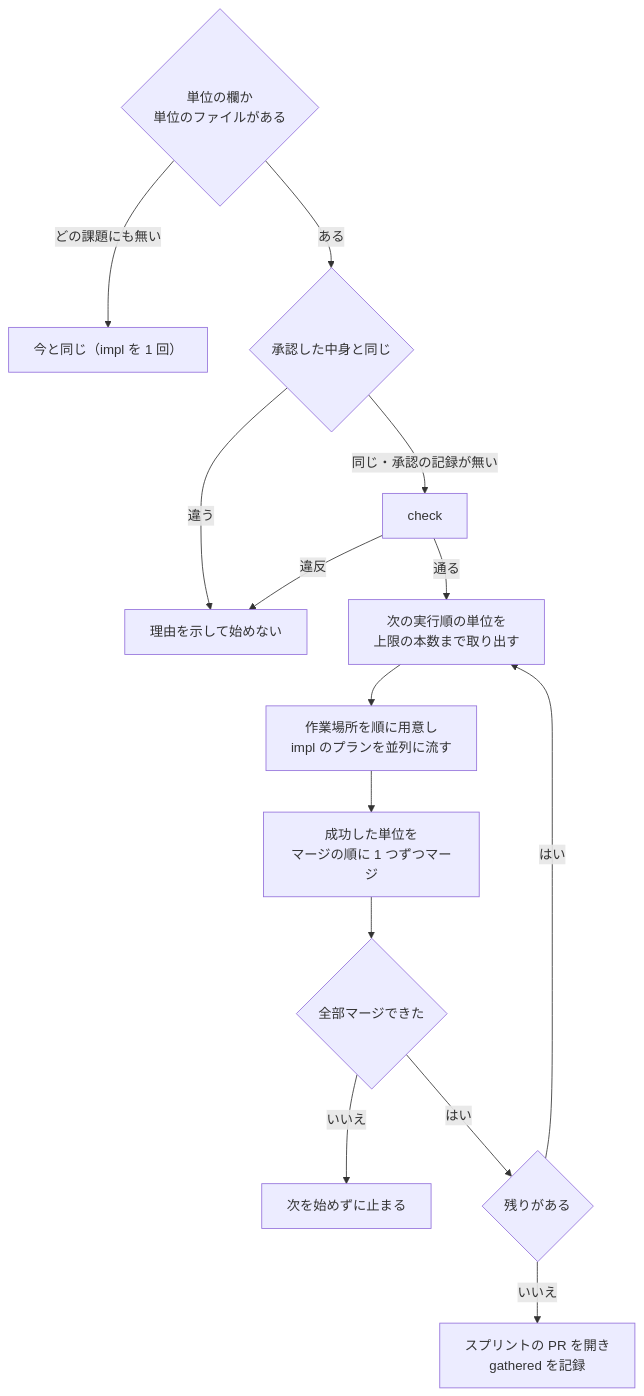
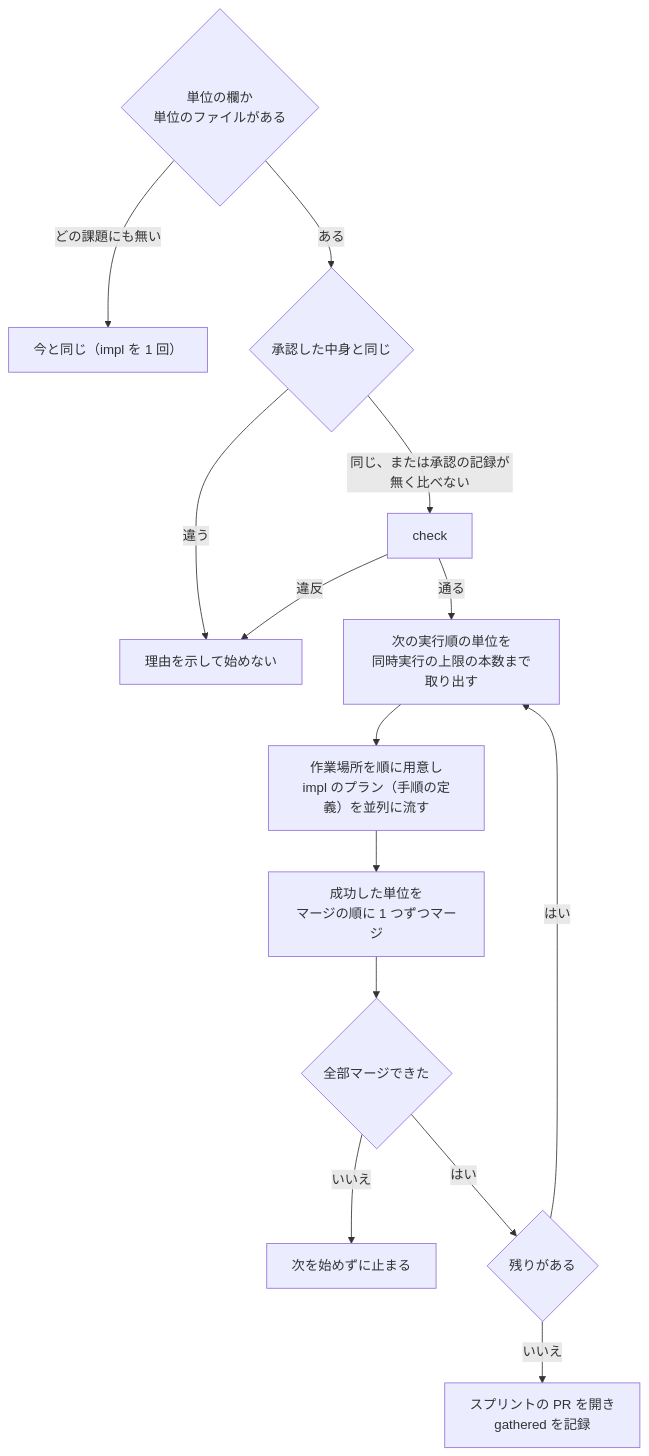
The fourth of 4 diagrams in issues/issue-3702-design.md (devbasex/ai-plugins), drawn with Mermaid before and after one commit. The commit also changed other lines of this file, not shown here.

````diff
--- a/issues/issue-3702-design.md
+++ b/issues/issue-3702-design.md
@@ -212,16 +229,16 @@
 ```mermaid
 flowchart TB
   A{"単位の欄か<br/>単位のファイルがある"} -->|どの課題にも無い| OLD["今と同じ（impl を 1 回）"]
   A -->|ある| B{"承認した中身と同じ"}
   B -->|違う| X["理由を示して始めない"]
-  B -->|同じ・承認の記録が無い| C["check"]
+  B -->|"同じ、または承認の記録が無く比べない"| C["check"]
   C -->|違反| X
-  C -->|通る| G["次の実行順の単位を<br/>上限の本数まで取り出す"]
-  G --> W["作業場所を順に用意し<br/>impl のプランを並列に流す"]
+  C -->|通る| G["次の実行順の単位を<br/>同時実行の上限の本数まで取り出す"]
+  G --> W["作業場所を順に用意し<br/>impl のプラン（手順の定義）を並列に流す"]
   W --> M["成功した単位を<br/>マージの順に 1 つずつマージ"]
   M --> Q{"全部マージできた"}
   Q -->|いいえ| Y["次を始めずに止まる"]
   Q -->|はい| N{"残りがある"}
   N -->|はい| G
   N -->|いいえ| P["スプリントの PR を開き<br/>gathered を記録"]
 ```
````
